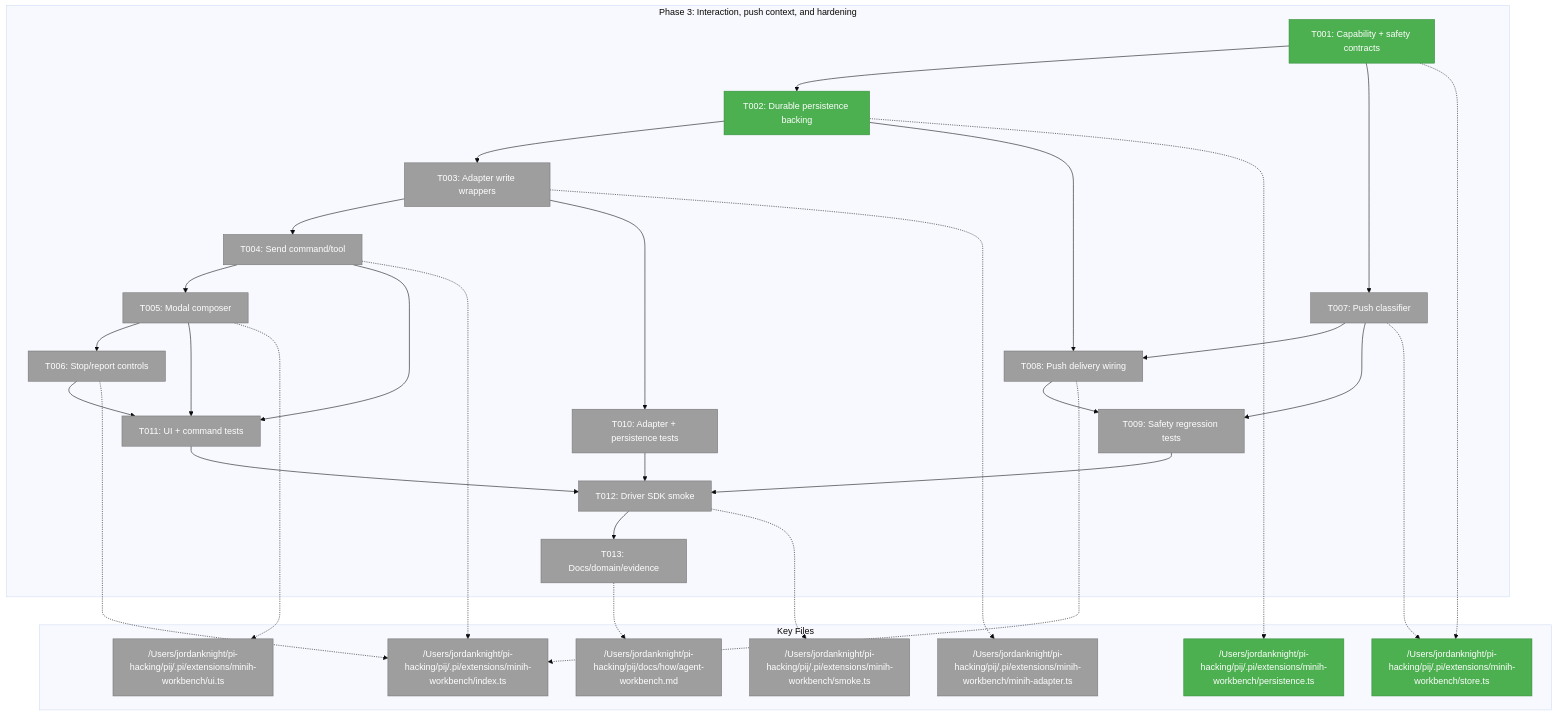
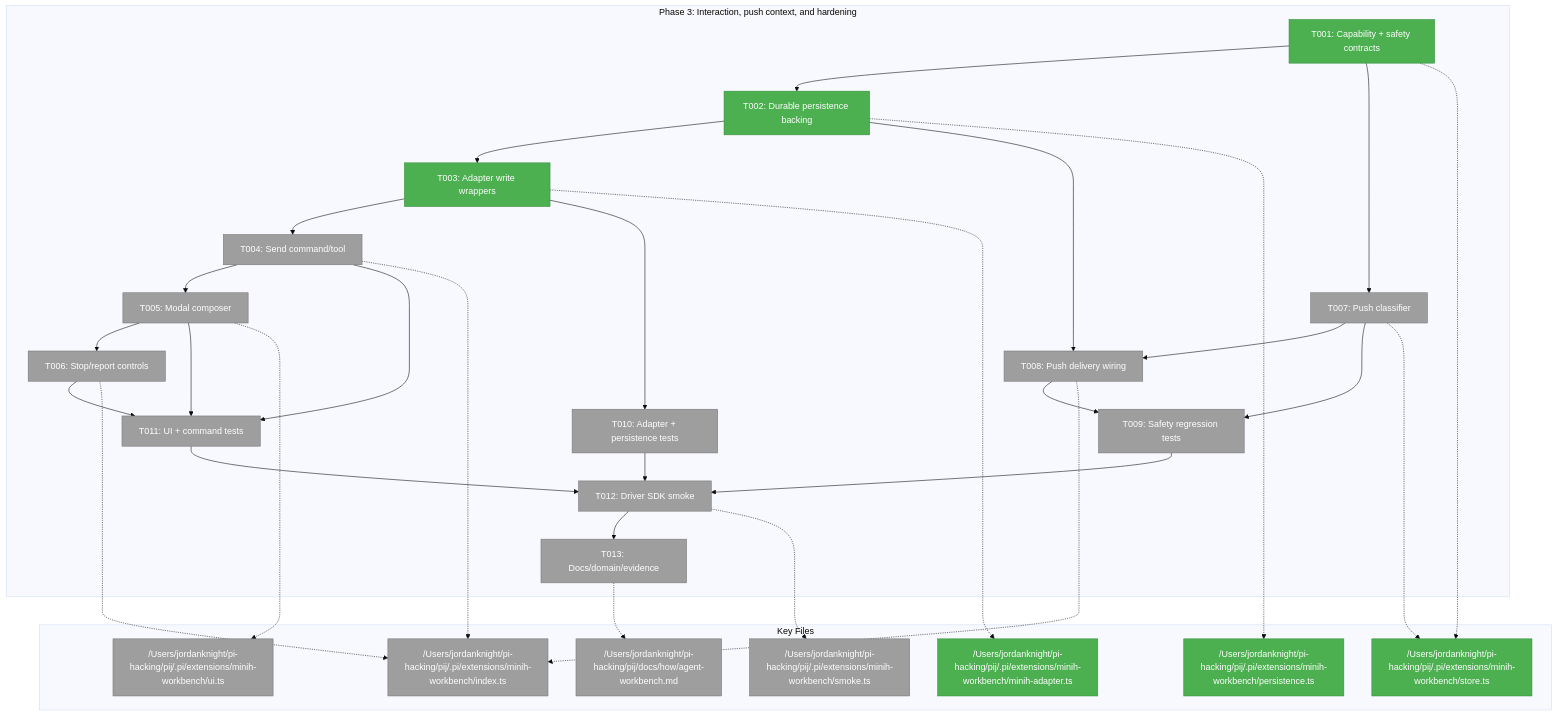
The first of 3 diagrams in docs/plans/007-options-for-pi-extensions-that-do-subagents/tasks/phase-3-interaction-push-context-and-hardening/tasks.md (vaughanknight/pij), drawn with Mermaid (base theme) before and after one commit. The commit also changed other lines of this file and 5 other files, not shown here.

Commit message:
feat(minih): add adapter write wrappers

````diff
--- a/docs/plans/007-options-for-pi-extensions-that-do-subagents/tasks/phase-3-interaction-push-context-and-hardening/tasks.md
+++ b/docs/plans/007-options-for-pi-extensions-that-do-subagents/tasks/phase-3-interaction-push-context-and-hardening/tasks.md
@@ -183,55 +183,55 @@
 ```mermaid
 flowchart TD
     classDef pending fill:#9E9E9E,stroke:#757575,color:#fff
     classDef inprogress fill:#FFC107,stroke:#FFA000,color:#000
     classDef completed fill:#4CAF50,stroke:#388E3C,color:#fff
 
     subgraph Phase["Phase 3: Interaction, push context, and hardening"]
         T001["T001: Capability + safety contracts"]:::completed
         T002["T002: Durable persistence backing"]:::completed
-        T003["T003: Adapter write wrappers"]:::pending
+        T003["T003: Adapter write wrappers"]:::completed
         T004["T004: Send command/tool"]:::pending
         T005["T005: Modal composer"]:::pending
         T006["T006: Stop/report controls"]:::pending
         T007["T007: Push classifier"]:::pending
         T008["T008: Push delivery wiring"]:::pending
         T009["T009: Safety regression tests"]:::pending
         T010["T010: Adapter + persistence tests"]:::pending
         T011["T011: UI + command tests"]:::pending
         T012["T012: Driver SDK smoke"]:::pending
         T013["T013: Docs/domain/evidence"]:::pending
         T001 --> T002 --> T003 --> T004 --> T005 --> T006
         T001 --> T007 --> T008
         T002 --> T008
         T003 --> T010
         T004 --> T011
         T005 --> T011
         T006 --> T011
         T007 --> T009
         T008 --> T009
         T009 --> T012 --> T013
         T010 --> T012
         T011 --> T012
     end
 
     subgraph Files["Key Files"]
         F1["/Users/jordanknight/pi-hacking/pij/.pi/extensions/minih-workbench/store.ts"]:::completed
         F2["/Users/jordanknight/pi-hacking/pij/.pi/extensions/minih-workbench/persistence.ts"]:::completed
-        F3["/Users/jordanknight/pi-hacking/pij/.pi/extensions/minih-workbench/minih-adapter.ts"]:::pending
+        F3["/Users/jordanknight/pi-hacking/pij/.pi/extensions/minih-workbench/minih-adapter.ts"]:::completed
         F4["/Users/jordanknight/pi-hacking/pij/.pi/extensions/minih-workbench/index.ts"]:::pending
         F5["/Users/jordanknight/pi-hacking/pij/.pi/extensions/minih-workbench/ui.ts"]:::pending
         F6["/Users/jordanknight/pi-hacking/pij/.pi/extensions/minih-workbench/smoke.ts"]:::pending
         F7["/Users/jordanknight/pi-hacking/pij/docs/how/agent-workbench.md"]:::pending
     end
 
     T001 -.-> F1
     T002 -.-> F2
     T003 -.-> F3
     T004 -.-> F4
     T005 -.-> F5
     T006 -.-> F4
     T007 -.-> F1
     T008 -.-> F4
     T012 -.-> F6
     T013 -.-> F7
 ```
````
